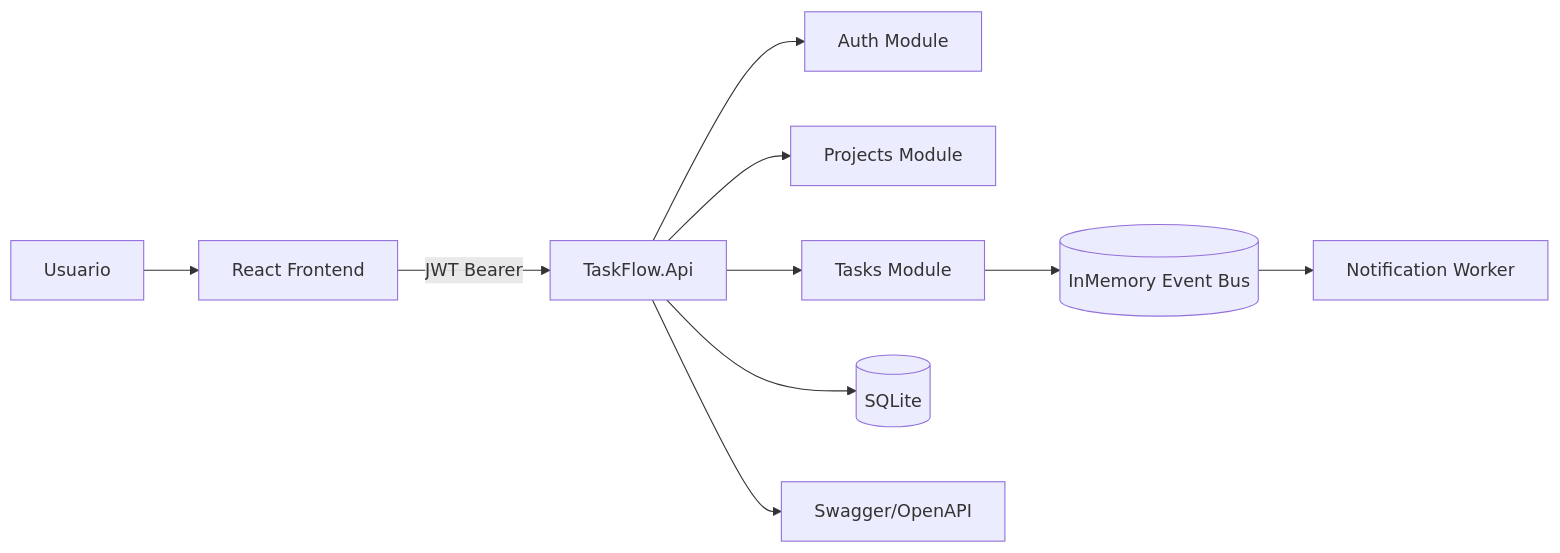
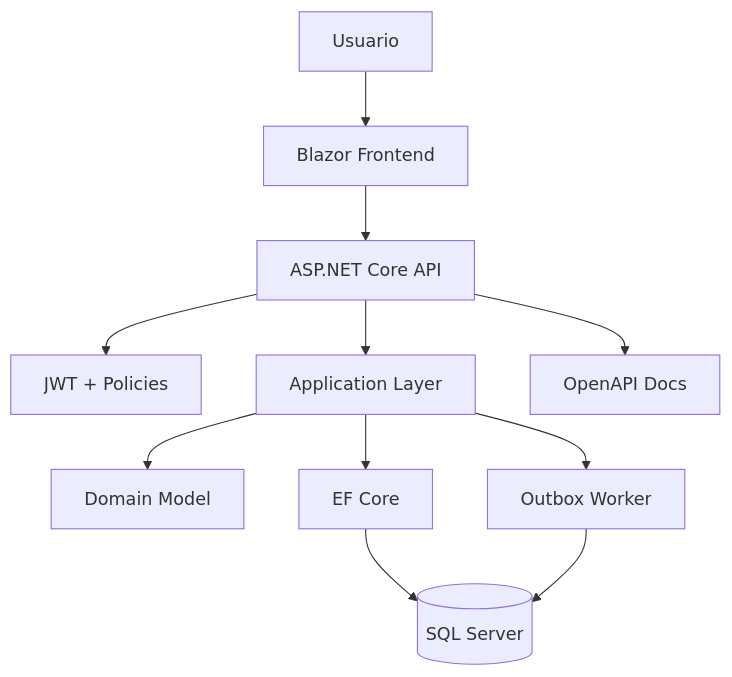
The diagram in Modulo1/Semana8/README.md (johans08/Curso-Arquitectura-de-Software-y-CloudOps), drawn with Mermaid before and after one commit. The commit also changed other lines of this file and 151 other files, not shown here.

````diff
--- a/Modulo1/Semana8/README.md
+++ b/Modulo1/Semana8/README.md
@@ -38,12 +58,24 @@
 ```mermaid
-flowchart LR
-    U[Usuario] --> W[React Frontend]
-    W -->|JWT Bearer| A[TaskFlow.Api]
-    A --> B[Auth Module]
-    A --> C[Projects Module]
-    A --> D[Tasks Module]
-    A --> E[(SQLite)]
-    D --> F[(InMemory Event Bus)]
-    F --> G[Notification Worker]
-    A --> H[Swagger/OpenAPI]
+flowchart TB
+    User[Usuario]
+    Blazor[Blazor Frontend]
+    Api[ASP.NET Core API]
+    Auth[JWT + Policies]
+    App[Application Layer]
+    Domain[Domain Model]
+    Ef[EF Core]
+    Sql[(SQL Server)]
+    Outbox[Outbox Worker]
+    Docs[OpenAPI Docs]
+
+    User --> Blazor
+    Blazor --> Api
+    Api --> Auth
+    Api --> App
+    App --> Domain
+    App --> Ef
+    Ef --> Sql
+    App --> Outbox
+    Outbox --> Sql
+    Api --> Docs
 ```
````
